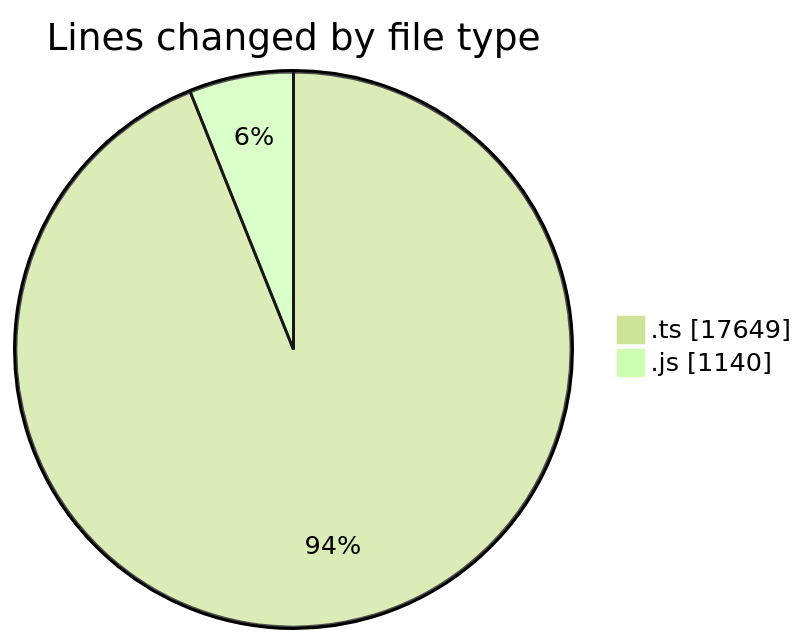
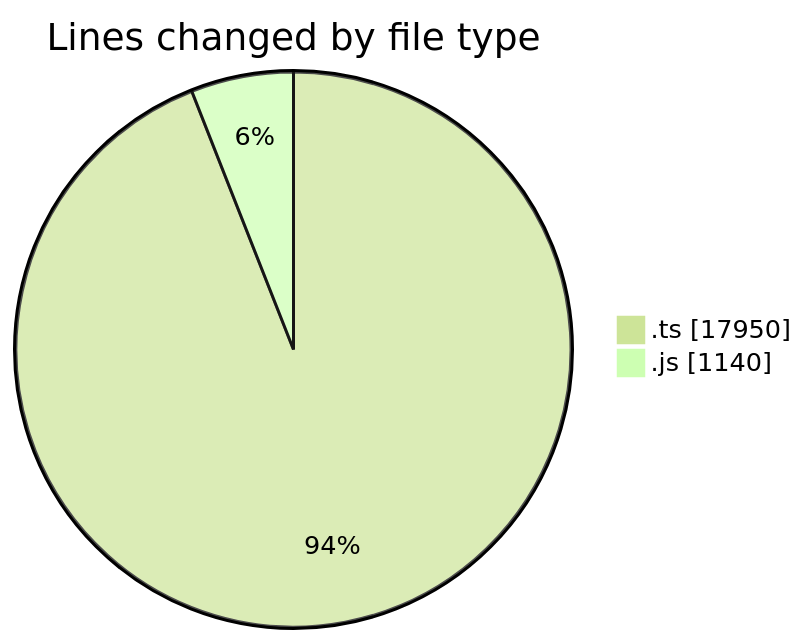
One commit to momahboobian/code-tracking changed the first of 2 diagrams in 2025-06-27/cda/README.md. Above: the diagram before and after it, drawn with Mermaid (forest theme). The commit also changed other lines of this file and 1 other file, not shown here.

````diff
--- a/2025-06-27/cda/README.md
+++ b/2025-06-27/cda/README.md
@@ -30,6 +30,6 @@
 ```mermaid
 pie showData
 title Lines changed by file type
-".ts" : 17649
+".ts" : 17950
 ".js" : 1140
 ```
````
